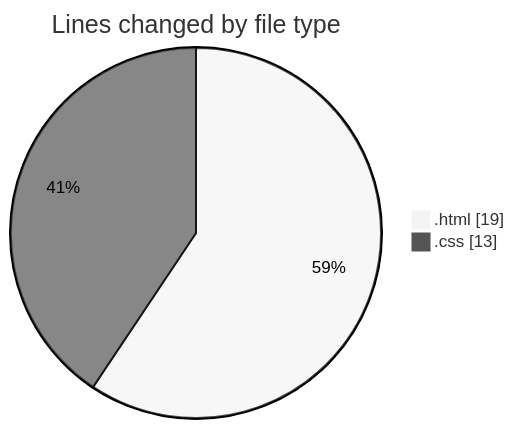
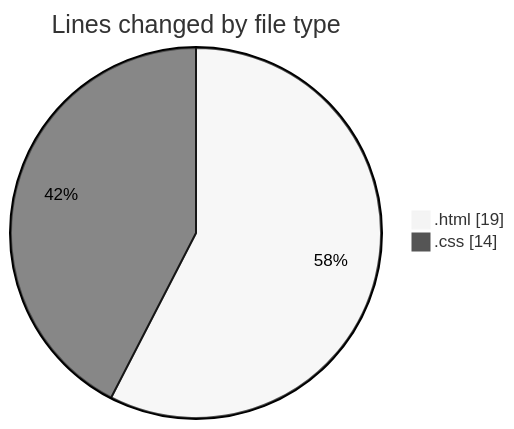
The first of 2 diagrams in 2025-01-10/primeiro-site/README.md (robertbonfada/code-tracking), drawn with Mermaid (neutral theme) before and after one commit. The commit also changed other lines of this file and 1 other file, not shown here.

````diff
--- a/2025-01-10/primeiro-site/README.md
+++ b/2025-01-10/primeiro-site/README.md
@@ -22,6 +22,6 @@
 ```mermaid
 pie showData
 title Lines changed by file type
 ".html" : 19
-".css" : 13
+".css" : 14
 ```
````
